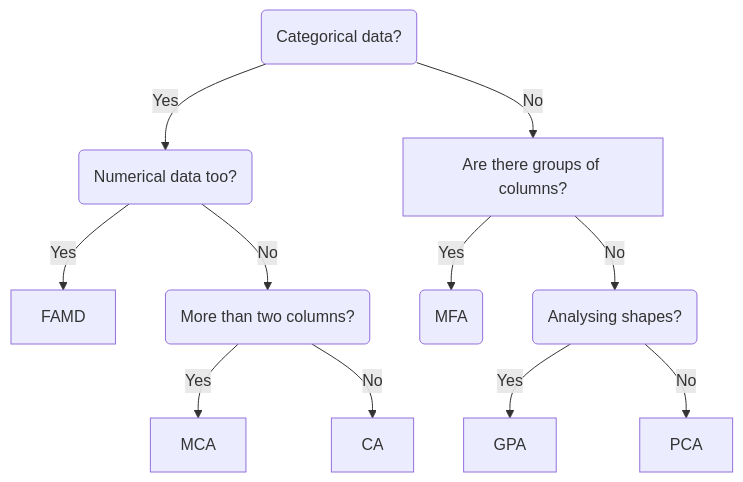
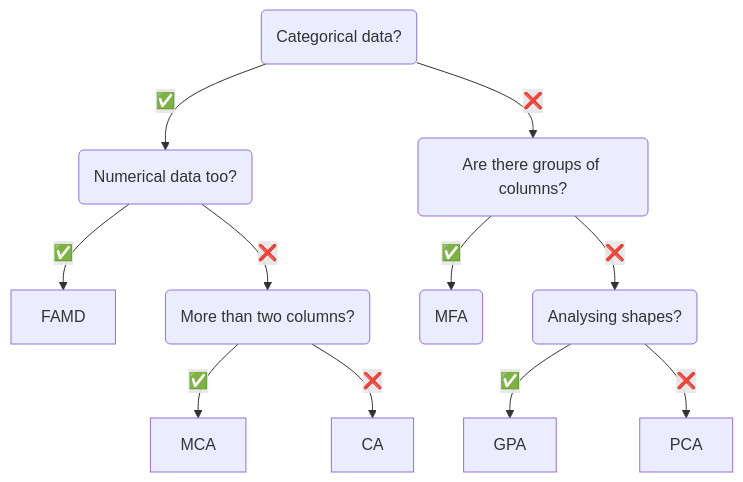
One commit to MaxHalford/prince changed the diagram in README.md. Above: the diagram before and after it, drawn with Mermaid. The commit also changed other lines of this file, not shown here.

````diff
--- a/README.md
+++ b/README.md
@@ -87,13 +86,13 @@
 ```mermaid
 flowchart TD
-    cat?(Categorical data?) --> |Yes| num_too?(Numerical data too?)
-    num_too? --> |Yes| FAMD
-    num_too? --> |No| multiple_cat?(More than two columns?)
-    multiple_cat? --> |Yes| MCA
-    multiple_cat? --> |No| CA
-    cat? --> |No| groups?[Are there groups of columns?]
-    groups? --> |Yes| groups(MFA)
-    groups? --> |No| shapes?(Analysing shapes?)
-    shapes? --> |Yes| GPA
-    shapes? --> |No| PCA
+    cat?(Categorical data?) --> |✅| num_too?(Numerical data too?)
+    num_too? --> |✅| FAMD
+    num_too? --> |❌| multiple_cat?(More than two columns?)
+    multiple_cat? --> |✅| MCA
+    multiple_cat? --> |❌| CA
+    cat? --> |❌| groups?(Are there groups of columns?)
+    groups? --> |✅| groups(MFA)
+    groups? --> |❌| shapes?(Analysing shapes?)
+    shapes? --> |✅| GPA
+    shapes? --> |❌| PCA
 ```
````
